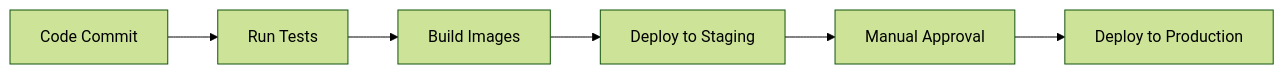
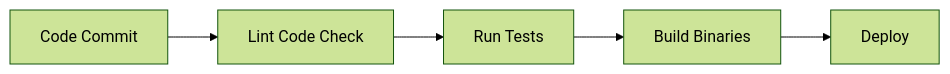
One commit to Komissarich/Easy-Quizy changed the second of 2 diagrams in README.md. Above: the diagram before and after it, drawn with Mermaid (forest theme).

````diff
--- a/README.md
+++ b/README.md
@@ -206,8 +206,7 @@
 ```mermaid
 graph LR
-    A[Code Commit] --> B[Run Tests]
-    B --> C[Build Images]
-    C --> D[Deploy to Staging]
-    D --> E[Manual Approval]
-    E --> F[Deploy to Production]
+    A[Code Commit] --> B[Lint Code Check]
+    B --> C[Run Tests]
+    C --> D[Build Binaries]
+    D --> E[Deploy]
 ```
````
